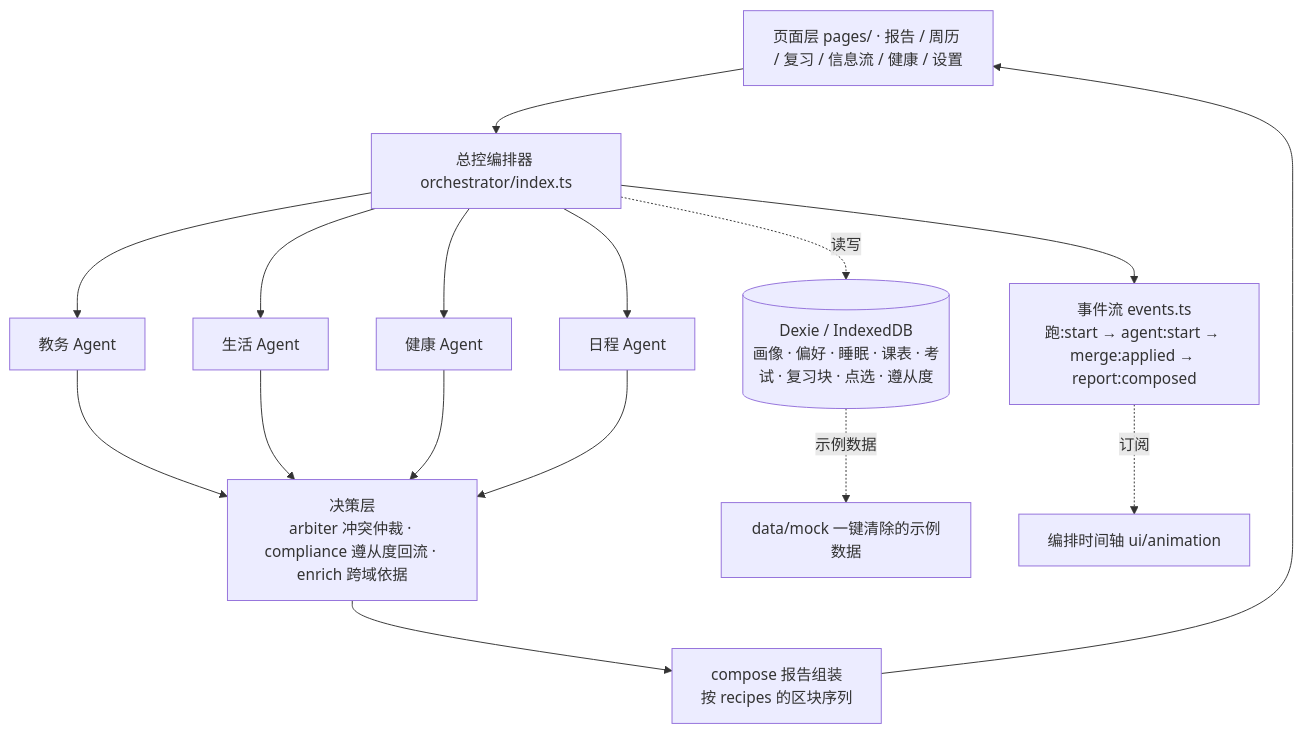
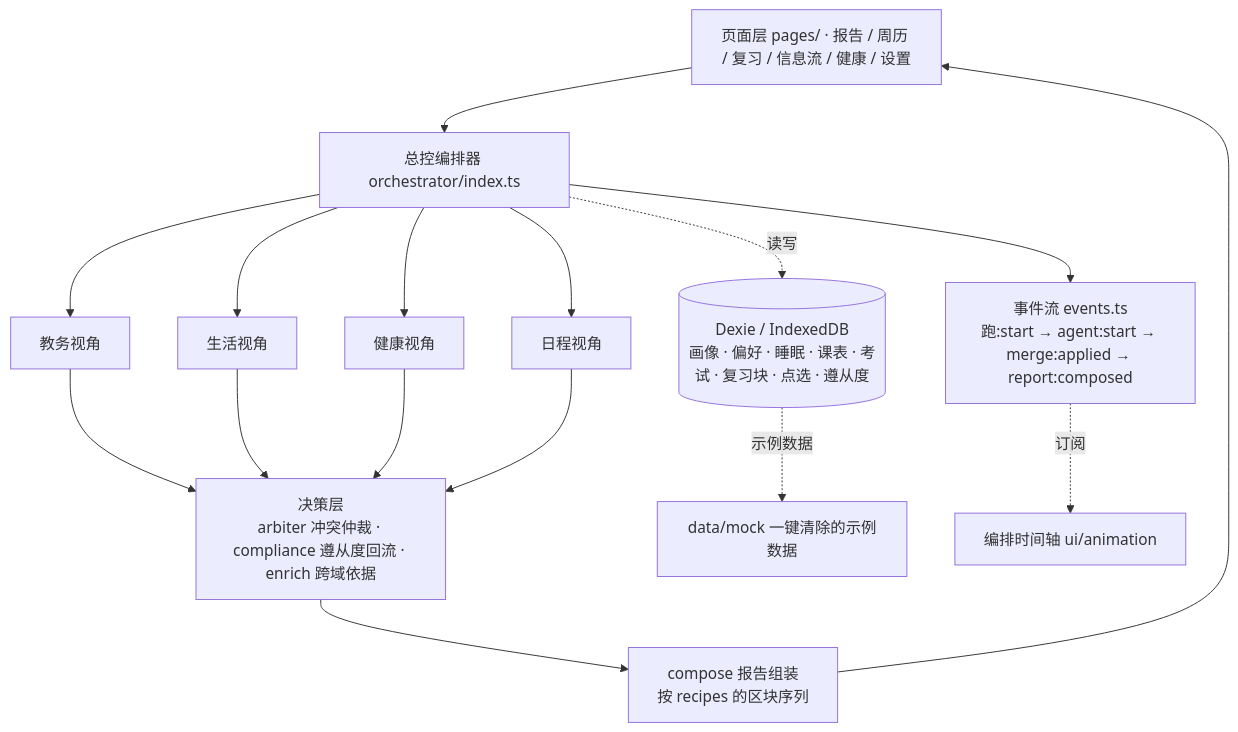
One commit to king-getting/no-sleep- changed the diagram in README.md. Above: the diagram before and after it, drawn with Mermaid. The commit also changed other lines of this file and 13 other files, not shown here.

````diff
--- a/README.md
+++ b/README.md
@@ -74,18 +74,18 @@
 ```mermaid
 flowchart TD
   UI["页面层 pages/ · 报告 / 周历 / 复习 / 信息流 / 健康 / 设置"] --> ORC["总控编排器 orchestrator/index.ts"]
   ORC --> EVT["事件流 events.ts<br/>跑:start → agent:start → merge:applied → report:composed"]
-  ORC --> A1["教务 Agent"]
-  ORC --> A2["生活 Agent"]
-  ORC --> A3["健康 Agent"]
-  ORC --> A4["日程 Agent"]
+  ORC --> A1["教务视角"]
+  ORC --> A2["生活视角"]
+  ORC --> A3["健康视角"]
+  ORC --> A4["日程视角"]
   A1 --> DEC
   A2 --> DEC
   A3 --> DEC
   A4 --> DEC["决策层<br/>arbiter 冲突仲裁 · compliance 遵从度回流 · enrich 跨域依据"]
   DEC --> CMP["compose 报告组装<br/>按 recipes 的区块序列"]
   CMP --> UI
   ORC -.读写.-> DB[("Dexie / IndexedDB<br/>画像 · 偏好 · 睡眠 · 课表 · 考试 · 复习块 · 点选 · 遵从度")]
   DB -.示例数据.-> MOCK["data/mock 一键清除的示例数据"]
   EVT -.订阅.-> TL["编排时间轴 ui/animation"]
 ```
````
